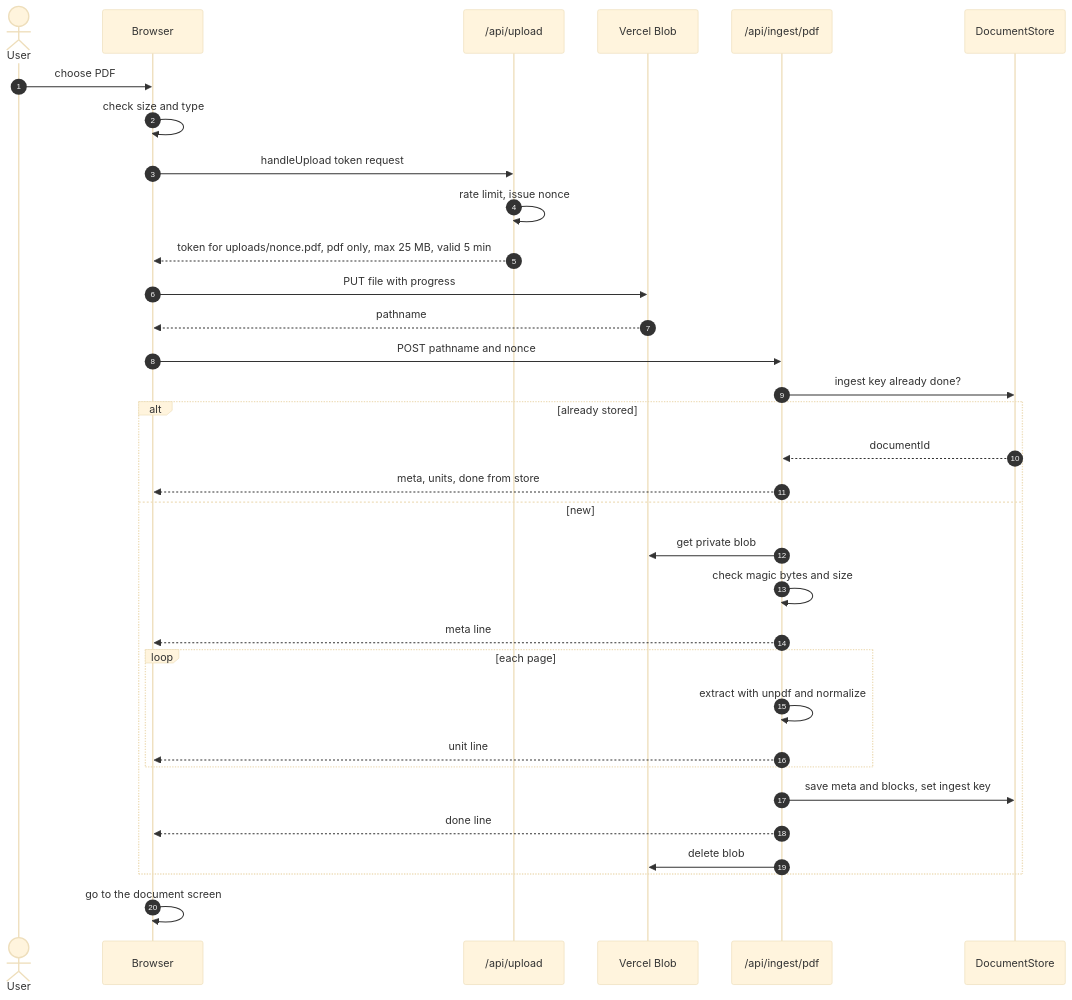
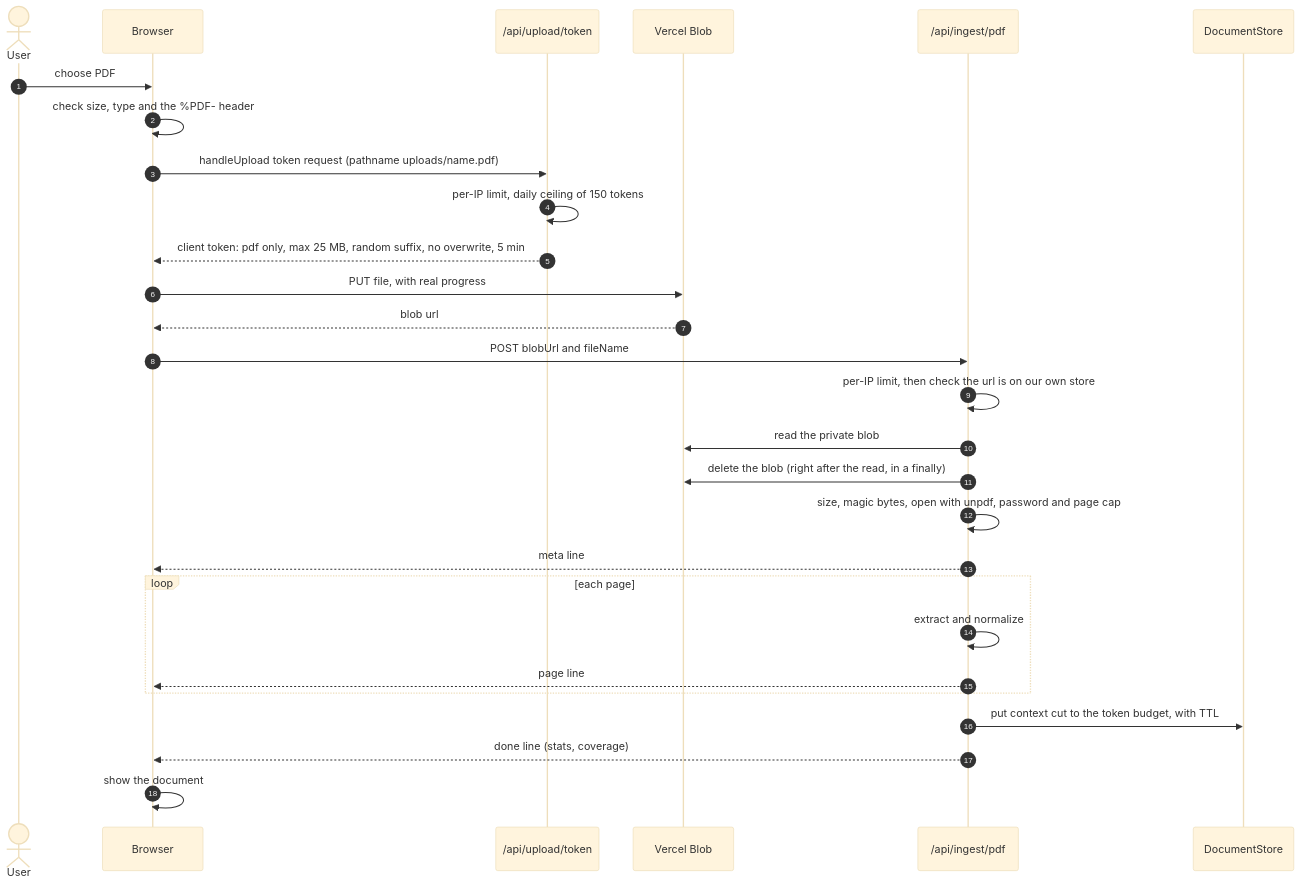
One commit to Otm02/talk-to-doc changed the first of 5 diagrams in docs/ARCHITECTURE.md. Above: the diagram before and after it, drawn with Mermaid (base theme). The commit also changed other lines of this file and 6 other files, not shown here.

Commit message:
docs(submission): README, AI workflow, architecture sync (P18) (#29)

````diff
--- a/docs/ARCHITECTURE.md
+++ b/docs/ARCHITECTURE.md
@@ -172,35 +172,30 @@
 ```mermaid
 sequenceDiagram
     autonumber
     actor U as User
     participant B as Browser
-    participant UP as /api/upload
+    participant UP as /api/upload/token
     participant VB as Vercel Blob
     participant IN as /api/ingest/pdf
     participant DS as DocumentStore
     U->>B: choose PDF
-    B->>B: check size and type
-    B->>UP: handleUpload token request
-    UP->>UP: rate limit, issue nonce
-    UP-->>B: token for uploads/nonce.pdf, pdf only, max 25 MB, valid 5 min
-    B->>VB: PUT file with progress
-    VB-->>B: pathname
-    B->>IN: POST pathname and nonce
-    IN->>DS: ingest key already done?
-    alt already stored
-        DS-->>IN: documentId
-        IN-->>B: meta, units, done from store
-    else new
-        IN->>VB: get private blob
-        IN->>IN: check magic bytes and size
-        IN-->>B: meta line
-        loop each page
-            IN->>IN: extract with unpdf and normalize
-            IN-->>B: unit line
-        end
-        IN->>DS: save meta and blocks, set ingest key
-        IN-->>B: done line
-        IN->>VB: delete blob
+    B->>B: check size, type and the %PDF- header
+    B->>UP: handleUpload token request (pathname uploads/name.pdf)
+    UP->>UP: per-IP limit, daily ceiling of 150 tokens
+    UP-->>B: client token: pdf only, max 25 MB, random suffix, no overwrite, 5 min
+    B->>VB: PUT file, with real progress
+    VB-->>B: blob url
+    B->>IN: POST blobUrl and fileName
+    IN->>IN: per-IP limit, then check the url is on our own store
+    IN->>VB: read the private blob
+    IN->>VB: delete the blob (right after the read, in a finally)
+    IN->>IN: size, magic bytes, open with unpdf, password and page cap
+    IN-->>B: meta line
+    loop each page
+        IN->>IN: extract and normalize
+        IN-->>B: page line
     end
-    B->>B: go to the document screen
+    IN->>DS: put context cut to the token budget, with TTL
+    IN-->>B: done line (stats, coverage)
+    B->>B: show the document
 ```
````
